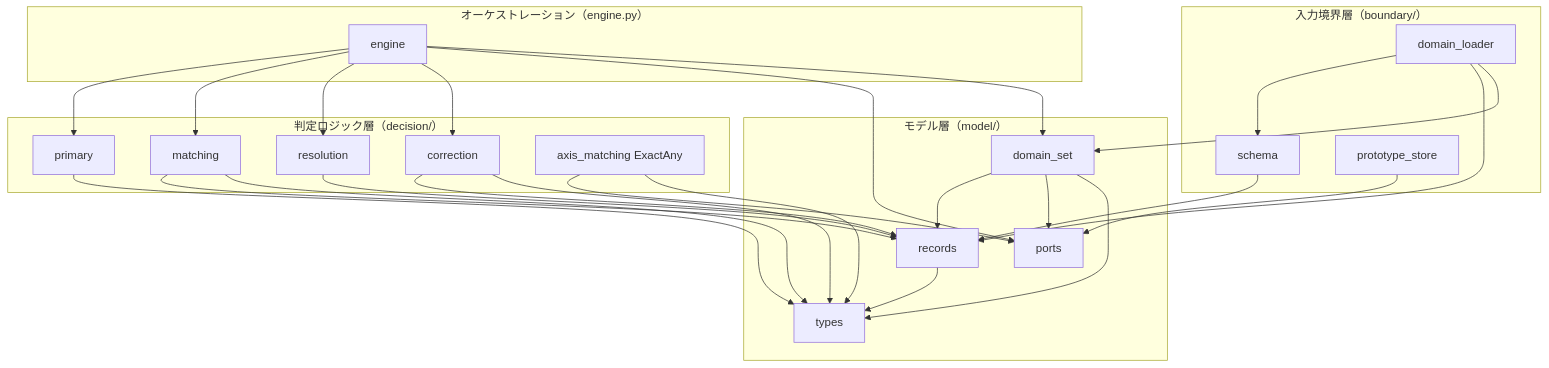
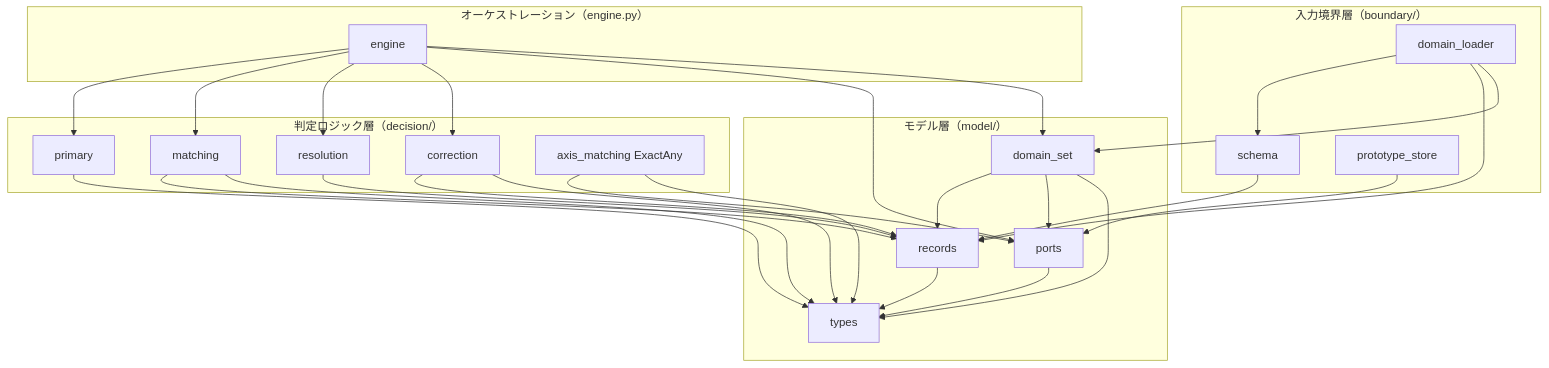
Before and after one commit to BFAI-Semicon/Go-Tech_1-3_SSL_Anomaly_Detection: the first of 2 diagrams in .kiro/specs/promptable-correction-layer/design.md, drawn with Mermaid. The commit also changed other lines of this file and 1 other file, not shown here.

````diff
--- a/.kiro/specs/promptable-correction-layer/design.md
+++ b/.kiro/specs/promptable-correction-layer/design.md
@@ -68,47 +68,48 @@
 ```mermaid
 graph TB
     subgraph orchestration[オーケストレーション（engine.py）]
         Engine[engine]
     end
     subgraph decision[判定ロジック層（decision/）]
         Primary[primary]
         Matching[matching]
         Resolution[resolution]
         Correction[correction]
         AxisExact[axis_matching ExactAny]
     end
     subgraph boundary[入力境界層（boundary/）]
         Loader[domain_loader]
         Schema[schema]
         Store[prototype_store]
     end
     subgraph model[モデル層（model/）]
         Records[records]
         Types[types]
         Ports[ports]
         DomainSetNode[domain_set]
     end
     Engine --> Primary
     Engine --> Matching
     Engine --> Resolution
     Engine --> Correction
     Engine --> Ports
     Engine --> DomainSetNode
     Loader --> Schema
     Loader --> Records
     Loader --> DomainSetNode
     Schema --> Records
     Primary --> Types
     Matching --> Records
     Matching --> Types
     Resolution --> Records
     Correction --> Records
     Correction --> Types
     AxisExact --> Ports
     AxisExact --> Types
     Records --> Types
+    Ports --> Types
     DomainSetNode --> Records
     DomainSetNode --> Ports
     DomainSetNode --> Types
     Store --> Ports
 ```
````
